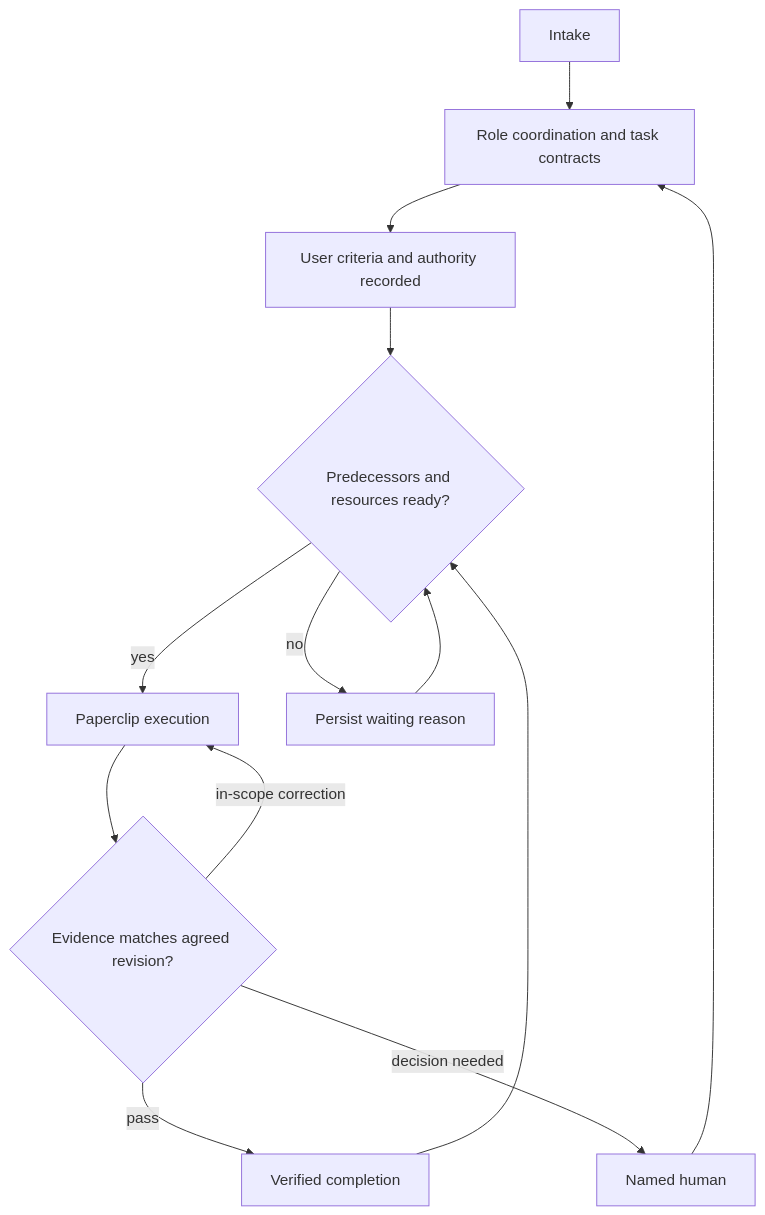
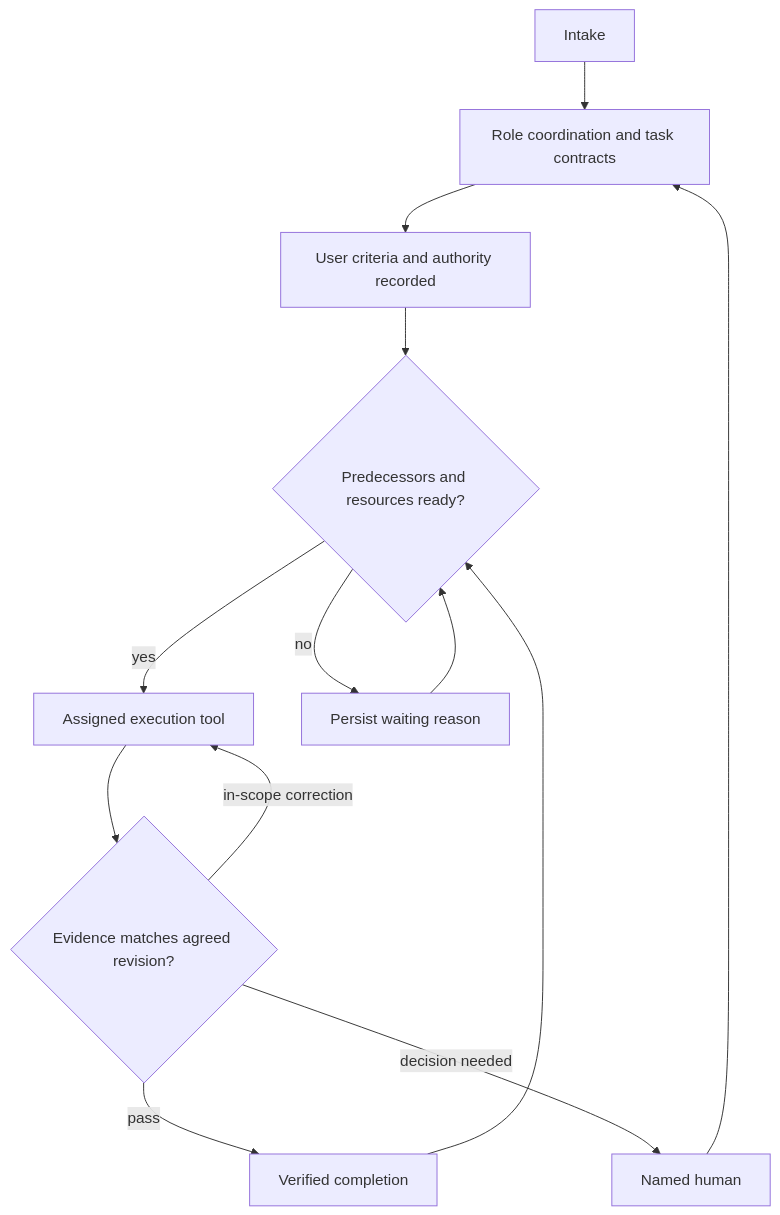
One commit to Dae-Jeong/Orchestration changed the diagram in skills/squad-model/references/model.md. Above: the diagram before and after it, drawn with Mermaid. The commit also changed 7 other files, not shown here.

````diff
--- a/skills/squad-model/references/model.md
+++ b/skills/squad-model/references/model.md
@@ -37,15 +37,15 @@
 ```mermaid
 flowchart TD
   I[Intake] --> C[Role coordination and task contracts]
   C --> A[User criteria and authority recorded]
   A --> R{Predecessors and resources ready?}
-  R -->|yes| E[Paperclip execution]
+  R -->|yes| E[Assigned execution tool]
   R -->|no| W[Persist waiting reason]
   E --> V{Evidence matches agreed revision?}
   V -->|pass| D[Verified completion]
   V -->|in-scope correction| E
   V -->|decision needed| H[Named human]
   H --> C
   D --> R
   W --> R
 ```
````
